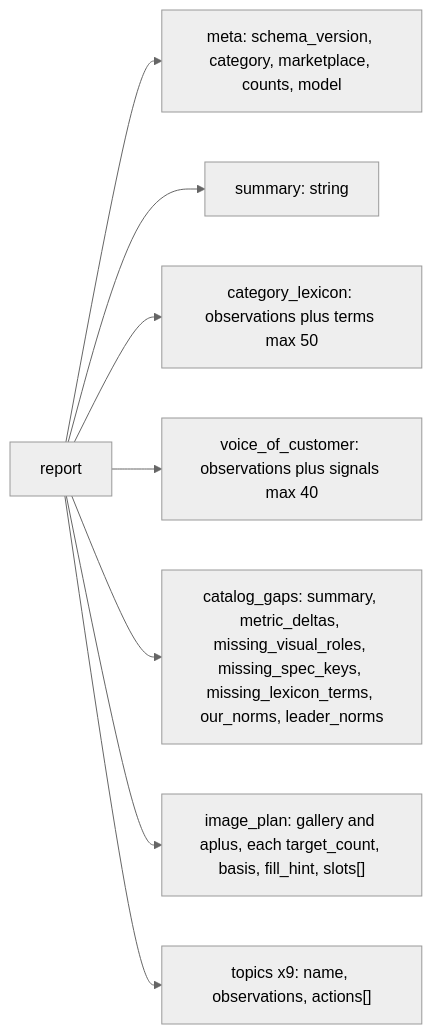
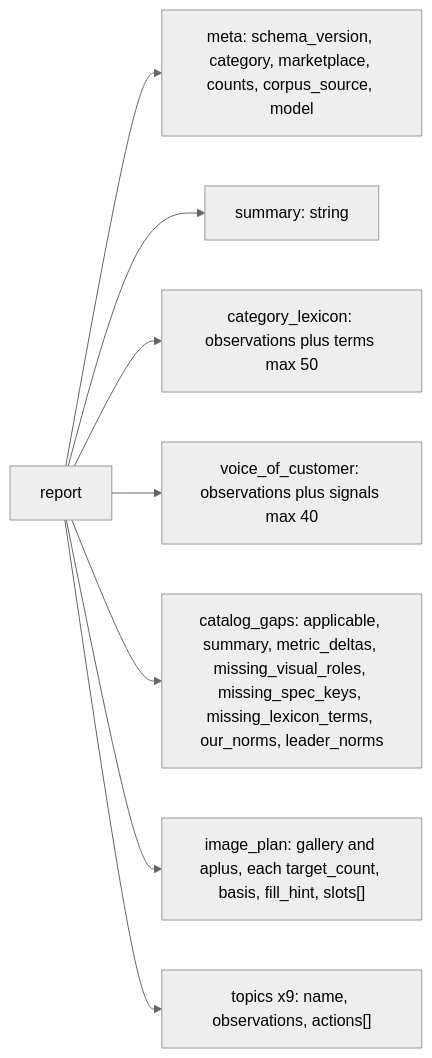
Before and after one commit to opptra/category-intelligence-workflow: the seventh of 7 diagrams in docs/current-architecture.md, drawn with Mermaid (neutral theme). The commit also changed other lines of this file and 28 other files, not shown here.

````diff
--- a/docs/current-architecture.md
+++ b/docs/current-architecture.md
@@ -292,10 +296,10 @@
 ```mermaid
 flowchart LR
-  Report["report"] --> Meta["meta: schema_version, category, marketplace, counts, model"]
+  Report["report"] --> Meta["meta: schema_version, category, marketplace, counts, corpus_source, model"]
   Report --> Sum["summary: string"]
   Report --> Lex["category_lexicon: observations plus terms max 50"]
   Report --> Voc["voice_of_customer: observations plus signals max 40"]
-  Report --> Gaps["catalog_gaps: summary, metric_deltas, missing_visual_roles, missing_spec_keys, missing_lexicon_terms, our_norms, leader_norms"]
+  Report --> Gaps["catalog_gaps: applicable, summary, metric_deltas, missing_visual_roles, missing_spec_keys, missing_lexicon_terms, our_norms, leader_norms"]
   Report --> Plan["image_plan: gallery and aplus, each target_count, basis, fill_hint, slots[]"]
   Report --> Topics["topics x9: name, observations, actions[]"]
 ```
````
